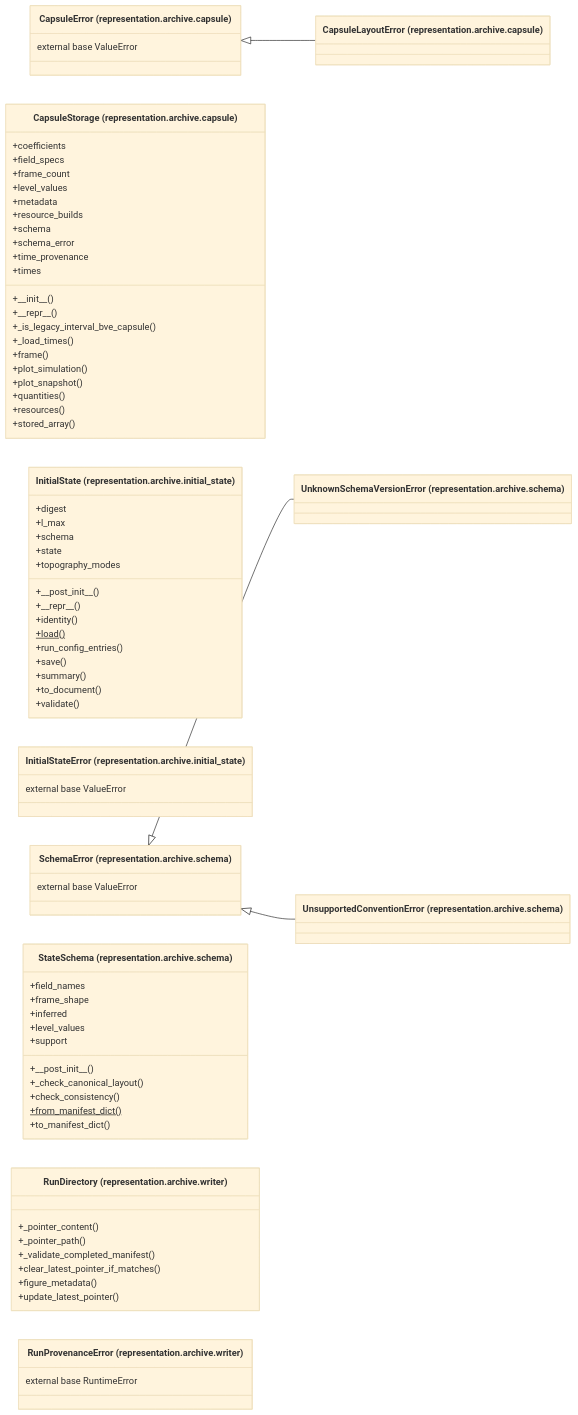
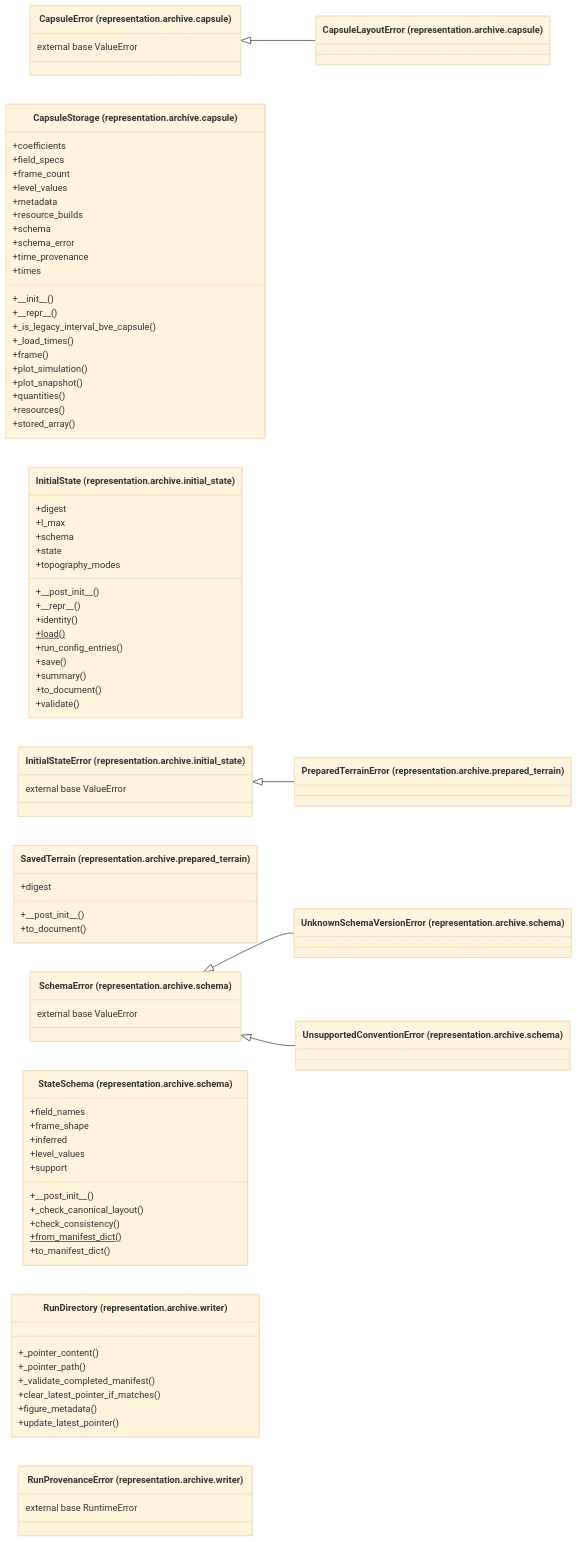
One commit to AlexandreEros/Palintropos changed the diagram in docs/architecture/current/classes/tropoi.representation.archive.mmd. Above: the diagram before and after it, drawn with Mermaid (base theme). The commit also changed 28 other files, not shown here.

First line of the commit message:
feat(terrain): PE runs over prepared terrain; real MOLA validation

```diff
--- a/docs/architecture/current/classes/tropoi.representation.archive.mmd
+++ b/docs/architecture/current/classes/tropoi.representation.archive.mmd
@@ -1,72 +1,78 @@
 %% Generated by tools.architecture 1.0.0. Do not edit by hand.
 %% All classes defined in package tropoi.representation.archive.
 classDiagram
     direction LR
     class c_tropoi_orepresentation_oarchive_ocapsule_oCapsuleError["CapsuleError (representation.archive.capsule)"]
     c_tropoi_orepresentation_oarchive_ocapsule_oCapsuleError : external base ValueError
     class c_tropoi_orepresentation_oarchive_ocapsule_oCapsuleLayoutError["CapsuleLayoutError (representation.archive.capsule)"]
     class c_tropoi_orepresentation_oarchive_ocapsule_oCapsuleStorage["CapsuleStorage (representation.archive.capsule)"]
     c_tropoi_orepresentation_oarchive_ocapsule_oCapsuleStorage : +#95;#95;init#95;#95;()
     c_tropoi_orepresentation_oarchive_ocapsule_oCapsuleStorage : +#95;#95;repr#95;#95;()
     c_tropoi_orepresentation_oarchive_ocapsule_oCapsuleStorage : +#95;is#95;legacy#95;interval#95;bve#95;capsule()
     c_tropoi_orepresentation_oarchive_ocapsule_oCapsuleStorage : +#95;load#95;times()
     c_tropoi_orepresentation_oarchive_ocapsule_oCapsuleStorage : +coefficients
     c_tropoi_orepresentation_oarchive_ocapsule_oCapsuleStorage : +field#95;specs
     c_tropoi_orepresentation_oarchive_ocapsule_oCapsuleStorage : +frame()
     c_tropoi_orepresentation_oarchive_ocapsule_oCapsuleStorage : +frame#95;count
     c_tropoi_orepresentation_oarchive_ocapsule_oCapsuleStorage : +level#95;values
     c_tropoi_orepresentation_oarchive_ocapsule_oCapsuleStorage : +metadata
     c_tropoi_orepresentation_oarchive_ocapsule_oCapsuleStorage : +plot#95;simulation()
     c_tropoi_orepresentation_oarchive_ocapsule_oCapsuleStorage : +plot#95;snapshot()
     c_tropoi_orepresentation_oarchive_ocapsule_oCapsuleStorage : +quantities()
     c_tropoi_orepresentation_oarchive_ocapsule_oCapsuleStorage : +resource#95;builds
     c_tropoi_orepresentation_oarchive_ocapsule_oCapsuleStorage : +resources()
     c_tropoi_orepresentation_oarchive_ocapsule_oCapsuleStorage : +schema
     c_tropoi_orepresentation_oarchive_ocapsule_oCapsuleStorage : +schema#95;error
     c_tropoi_orepresentation_oarchive_ocapsule_oCapsuleStorage : +stored#95;array()
     c_tropoi_orepresentation_oarchive_ocapsule_oCapsuleStorage : +time#95;provenance
     c_tropoi_orepresentation_oarchive_ocapsule_oCapsuleStorage : +times
     class c_tropoi_orepresentation_oarchive_oinitial__state_oInitialState["InitialState (representation.archive.initial_state)"]
     c_tropoi_orepresentation_oarchive_oinitial__state_oInitialState : +#95;#95;post#95;init#95;#95;()
     c_tropoi_orepresentation_oarchive_oinitial__state_oInitialState : +#95;#95;repr#95;#95;()
     c_tropoi_orepresentation_oarchive_oinitial__state_oInitialState : +digest
     c_tropoi_orepresentation_oarchive_oinitial__state_oInitialState : +identity()
     c_tropoi_orepresentation_oarchive_oinitial__state_oInitialState : +l#95;max
     c_tropoi_orepresentation_oarchive_oinitial__state_oInitialState : +load()$
     c_tropoi_orepresentation_oarchive_oinitial__state_oInitialState : +run#95;config#95;entries()
     c_tropoi_orepresentation_oarchive_oinitial__state_oInitialState : +save()
     c_tropoi_orepresentation_oarchive_oinitial__state_oInitialState : +schema
     c_tropoi_orepresentation_oarchive_oinitial__state_oInitialState : +state
     c_tropoi_orepresentation_oarchive_oinitial__state_oInitialState : +summary()
     c_tropoi_orepresentation_oarchive_oinitial__state_oInitialState : +to#95;document()
     c_tropoi_orepresentation_oarchive_oinitial__state_oInitialState : +topography#95;modes
     c_tropoi_orepresentation_oarchive_oinitial__state_oInitialState : +validate()
     class c_tropoi_orepresentation_oarchive_oinitial__state_oInitialStateError["InitialStateError (representation.archive.initial_state)"]
     c_tropoi_orepresentation_oarchive_oinitial__state_oInitialStateError : external base ValueError
+    class c_tropoi_orepresentation_oarchive_oprepared__terrain_oPreparedTerrainError["PreparedTerrainError (representation.archive.prepared_terrain)"]
+    class c_tropoi_orepresentation_oarchive_oprepared__terrain_oSavedTerrain["SavedTerrain (representation.archive.prepared_terrain)"]
+    c_tropoi_orepresentation_oarchive_oprepared__terrain_oSavedTerrain : +#95;#95;post#95;init#95;#95;()
+    c_tropoi_orepresentation_oarchive_oprepared__terrain_oSavedTerrain : +digest
+    c_tropoi_orepresentation_oarchive_oprepared__terrain_oSavedTerrain : +to#95;document()
     class c_tropoi_orepresentation_oarchive_oschema_oSchemaError["SchemaError (representation.archive.schema)"]
     c_tropoi_orepresentation_oarchive_oschema_oSchemaError : external base ValueError
     class c_tropoi_orepresentation_oarchive_oschema_oStateSchema["StateSchema (representation.archive.schema)"]
     c_tropoi_orepresentation_oarchive_oschema_oStateSchema : +#95;#95;post#95;init#95;#95;()
     c_tropoi_orepresentation_oarchive_oschema_oStateSchema : +#95;check#95;canonical#95;layout()
     c_tropoi_orepresentation_oarchive_oschema_oStateSchema : +check#95;consistency()
     c_tropoi_orepresentation_oarchive_oschema_oStateSchema : +field#95;names
     c_tropoi_orepresentation_oarchive_oschema_oStateSchema : +frame#95;shape
     c_tropoi_orepresentation_oarchive_oschema_oStateSchema : +from#95;manifest#95;dict()$
     c_tropoi_orepresentation_oarchive_oschema_oStateSchema : +inferred
     c_tropoi_orepresentation_oarchive_oschema_oStateSchema : +level#95;values
     c_tropoi_orepresentation_oarchive_oschema_oStateSchema : +support
     c_tropoi_orepresentation_oarchive_oschema_oStateSchema : +to#95;manifest#95;dict()
     class c_tropoi_orepresentation_oarchive_oschema_oUnknownSchemaVersionError["UnknownSchemaVersionError (representation.archive.schema)"]
     class c_tropoi_orepresentation_oarchive_oschema_oUnsupportedConventionError["UnsupportedConventionError (representation.archive.schema)"]
     class c_tropoi_orepresentation_oarchive_owriter_oRunDirectory["RunDirectory (representation.archive.writer)"]
     c_tropoi_orepresentation_oarchive_owriter_oRunDirectory : +#95;pointer#95;content()
     c_tropoi_orepresentation_oarchive_owriter_oRunDirectory : +#95;pointer#95;path()
     c_tropoi_orepresentation_oarchive_owriter_oRunDirectory : +#95;validate#95;completed#95;manifest()
     c_tropoi_orepresentation_oarchive_owriter_oRunDirectory : +clear#95;latest#95;pointer#95;if#95;matches()
     c_tropoi_orepresentation_oarchive_owriter_oRunDirectory : +figure#95;metadata()
     c_tropoi_orepresentation_oarchive_owriter_oRunDirectory : +update#95;latest#95;pointer()
     class c_tropoi_orepresentation_oarchive_owriter_oRunProvenanceError["RunProvenanceError (representation.archive.writer)"]
     c_tropoi_orepresentation_oarchive_owriter_oRunProvenanceError : external base RuntimeError
     c_tropoi_orepresentation_oarchive_ocapsule_oCapsuleError <|-- c_tropoi_orepresentation_oarchive_ocapsule_oCapsuleLayoutError
+    c_tropoi_orepresentation_oarchive_oinitial__state_oInitialStateError <|-- c_tropoi_orepresentation_oarchive_oprepared__terrain_oPreparedTerrainError
     c_tropoi_orepresentation_oarchive_oschema_oSchemaError <|-- c_tropoi_orepresentation_oarchive_oschema_oUnknownSchemaVersionError
     c_tropoi_orepresentation_oarchive_oschema_oSchemaError <|-- c_tropoi_orepresentation_oarchive_oschema_oUnsupportedConventionError
```
